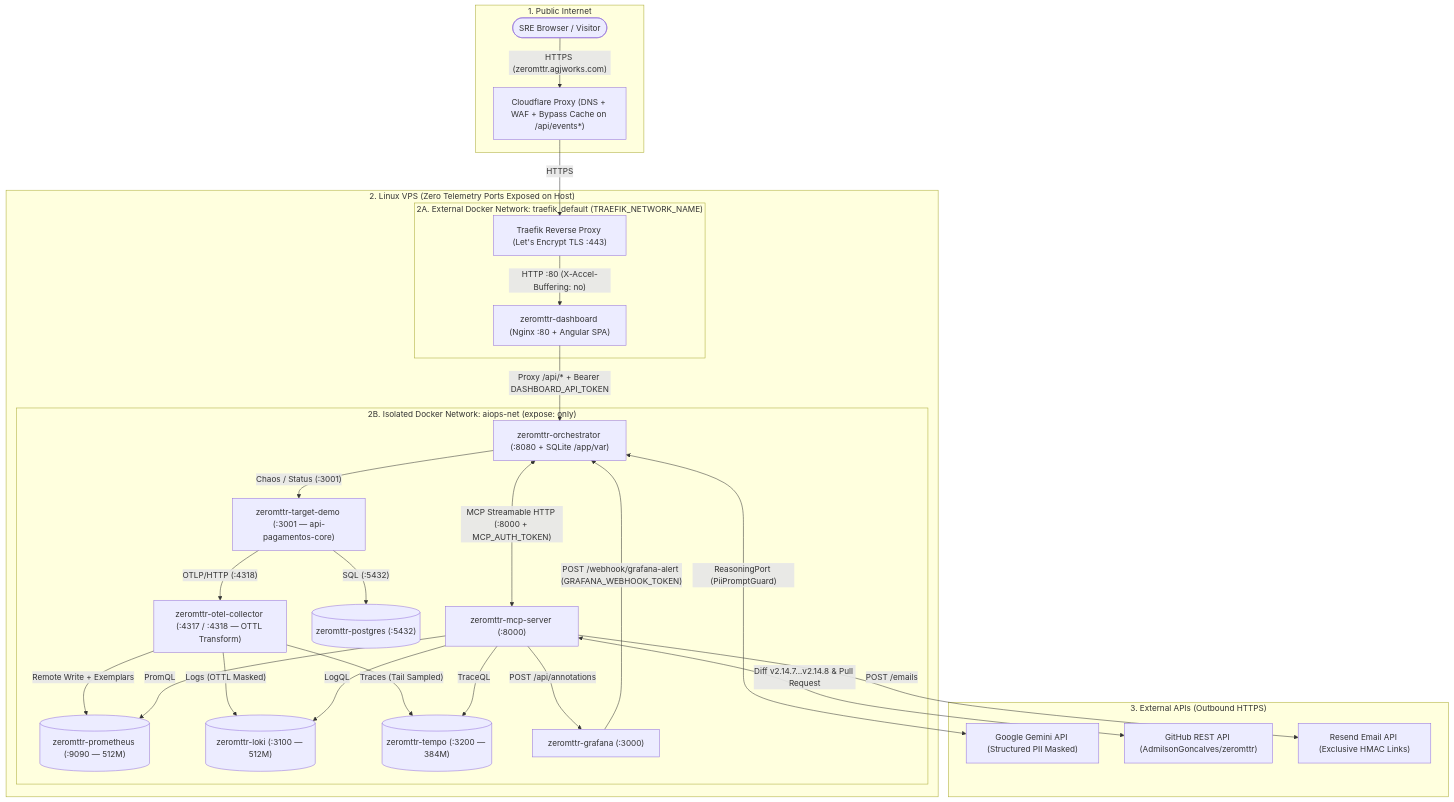
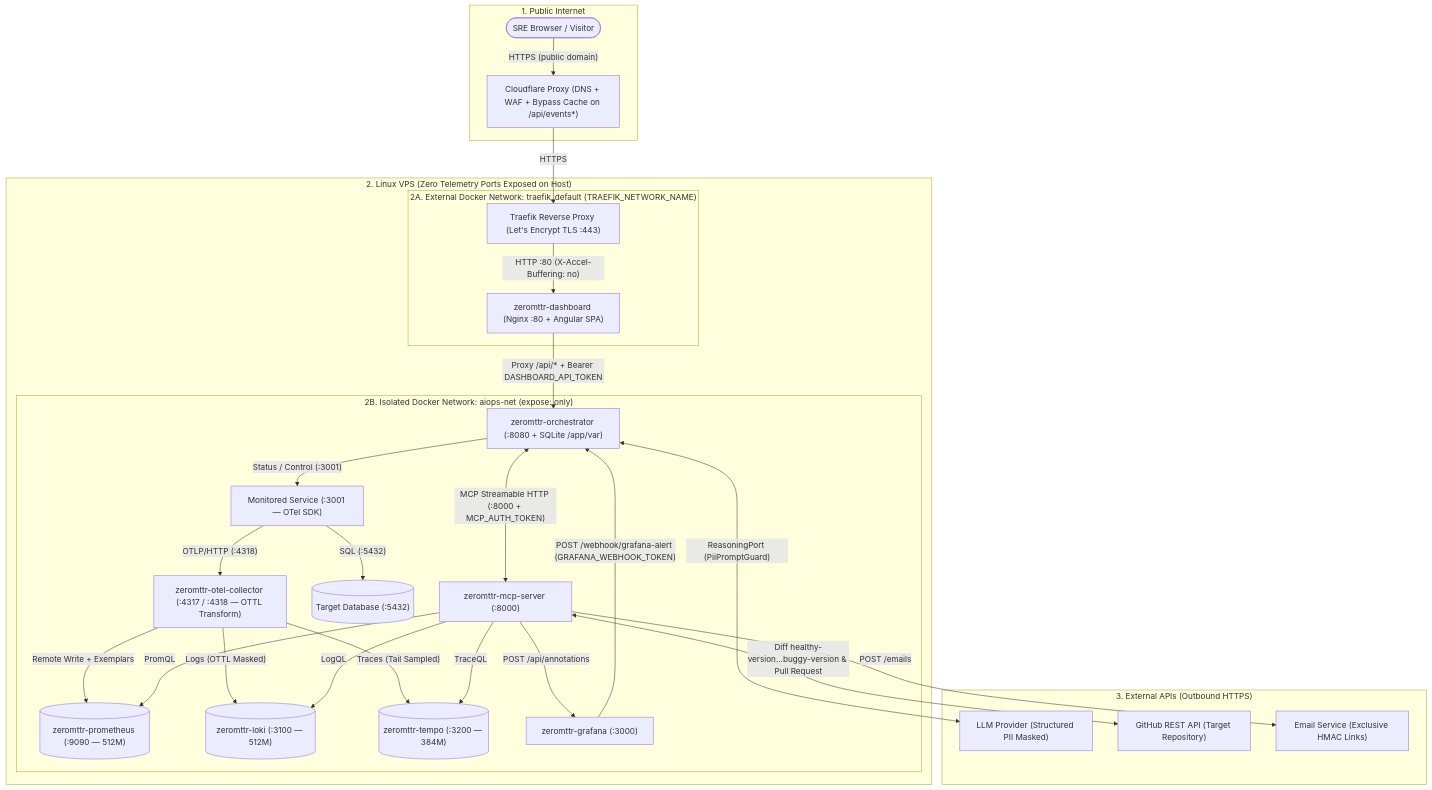
One commit to AdmilsonGoncalves/zeromttr changed the sixth of 6 diagrams in docs/en-US/01_system_diagrams.md. Above: the diagram before and after it, drawn with Mermaid. The commit also changed other lines of this file and 75 other files, not shown here.

````diff
--- a/docs/en-US/01_system_diagrams.md
+++ b/docs/en-US/01_system_diagrams.md
@@ -481,56 +481,56 @@
 ```mermaid
 flowchart TD
     subgraph Internet["1. Public Internet"]
         USER(["SRE Browser / Visitor"])
         CF["Cloudflare Proxy (DNS + WAF + Bypass Cache on /api/events*)"]
     end
 
     subgraph VPS["2. Linux VPS (Zero Telemetry Ports Exposed on Host)"]
         subgraph External_Network["2A. External Docker Network: traefik_default (TRAEFIK_NETWORK_NAME)"]
             TRAEFIK["Traefik Reverse Proxy (Let's Encrypt TLS :443)"]
             DASH["zeromttr-dashboard (Nginx :80 + Angular SPA)"]
         end
 
         subgraph Internal_Network["2B. Isolated Docker Network: aiops-net (expose: only)"]
             ORCH["zeromttr-orchestrator (:8080 + SQLite /app/var)"]
             MCP["zeromttr-mcp-server (:8000)"]
-            DEMO["zeromttr-target-demo (:3001 — api-pagamentos-core)"]
-            PG[("zeromttr-postgres (:5432)")]
+            DEMO["Monitored Service (:3001 — OTel SDK)"]
+            PG[("Target Database (:5432)")]
             OTEL["zeromttr-otel-collector (:4317 / :4318 — OTTL Transform)"]
             PROM[("zeromttr-prometheus (:9090 — 512M)")]
             LOKI[("zeromttr-loki (:3100 — 512M)")]
             TEMPO[("zeromttr-tempo (:3200 — 384M)")]
             GRAF["zeromttr-grafana (:3000)"]
         end
     end
 
     subgraph Cloud_APIs["3. External APIs (Outbound HTTPS)"]
-        GEMINI["Google Gemini API (Structured PII Masked)"]
-        GITHUB["GitHub REST API (AdmilsonGoncalves/zeromttr)"]
-        RESEND["Resend Email API (Exclusive HMAC Links)"]
+        GEMINI["LLM Provider (Structured PII Masked)"]
+        GITHUB["GitHub REST API (Target Repository)"]
+        RESEND["Email Service (Exclusive HMAC Links)"]
     end
 
-    USER -->|"HTTPS (zeromttr.agjworks.com)"| CF
+    USER -->|"HTTPS (public domain)"| CF
     CF -->|"HTTPS"| TRAEFIK
     TRAEFIK -->|"HTTP :80 (X-Accel-Buffering: no)"| DASH
     DASH -->|"Proxy /api/* + Bearer DASHBOARD_API_TOKEN"| ORCH
 
     ORCH <-->|"MCP Streamable HTTP (:8000 + MCP_AUTH_TOKEN)"| MCP
-    ORCH -->|"Chaos / Status (:3001)"| DEMO
+    ORCH -->|"Status / Control (:3001)"| DEMO
     ORCH <-->|"ReasoningPort (PiiPromptGuard)"| GEMINI
     GRAF -->|"POST /webhook/grafana-alert (GRAFANA_WEBHOOK_TOKEN)"| ORCH
 
     DEMO -->|"SQL (:5432)"| PG
     DEMO -->|"OTLP/HTTP (:4318)"| OTEL
 
     OTEL -->|"Remote Write + Exemplars"| PROM
     OTEL -->|"Logs (OTTL Masked)"| LOKI
     OTEL -->|"Traces (Tail Sampled)"| TEMPO
 
     MCP -->|"PromQL"| PROM
     MCP -->|"LogQL"| LOKI
     MCP -->|"TraceQL"| TEMPO
     MCP -->|"POST /api/annotations"| GRAF
-    MCP <-->|"Diff v2.14.7...v2.14.8 & Pull Request"| GITHUB
+    MCP <-->|"Diff healthy-version...buggy-version & Pull Request"| GITHUB
     MCP -->|"POST /emails"| RESEND
 ```
````
